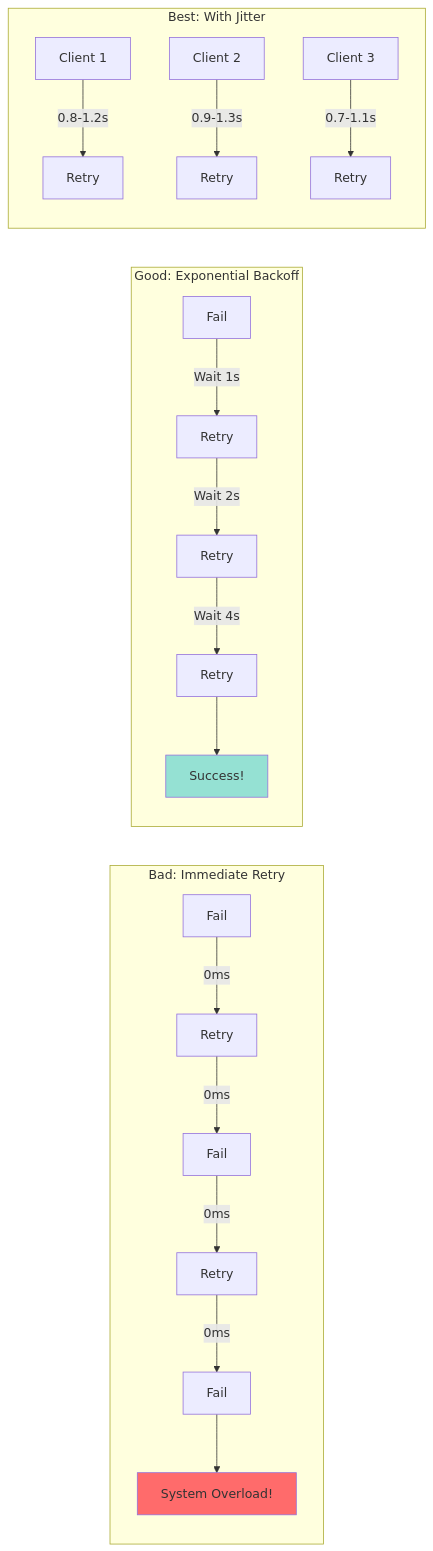
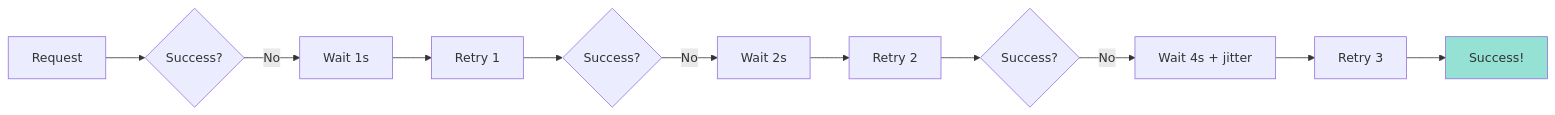
The first of 2 diagrams in docs/pattern-library/resilience/retry-backoff.md (deepaucksharma/DStudio), drawn with Mermaid before and after one commit. The commit also changed other lines of this file and 8 other files, not shown here.

````diff
--- a/docs/pattern-library/resilience/retry-backoff.md
+++ b/docs/pattern-library/resilience/retry-backoff.md
@@ -90,26 +94,15 @@
 ```mermaid
 graph LR
-    subgraph "Bad: Immediate Retry"
-        F1[Fail] -->|0ms| R1[Retry]
-        R1 -->|0ms| F2[Fail]
-        F2 -->|0ms| R2[Retry]
-        R2 -->|0ms| F3[Fail]
-        F3 --> O1[System Overload!]
-    end
+    A[Request] --> B{Success?}
+    B -->|No| C[Wait 1s]
+    C --> D[Retry 1]
+    D --> E{Success?}
+    E -->|No| F[Wait 2s]
+    F --> G[Retry 2]
+    G --> H{Success?}
+    H -->|No| I[Wait 4s + jitter]
+    I --> J[Retry 3]
+    J --> K[Success!]
     
-    subgraph "Good: Exponential Backoff"
-        G1[Fail] -->|Wait 1s| GR1[Retry]
-        GR1 -->|Wait 2s| GR2[Retry]
-        GR2 -->|Wait 4s| GR3[Retry]
-        GR3 --> S[Success!]
-    end
-    
-    subgraph "Best: With Jitter"
-        J1[Client 1] -->|0.8-1.2s| JR1[Retry]
-        J2[Client 2] -->|0.9-1.3s| JR2[Retry]
-        J3[Client 3] -->|0.7-1.1s| JR3[Retry]
-    end
-    
-    style O1 fill:#ff6b6b
-    style S fill:#95e1d3
+    style K fill:#95e1d3
 ```
````
